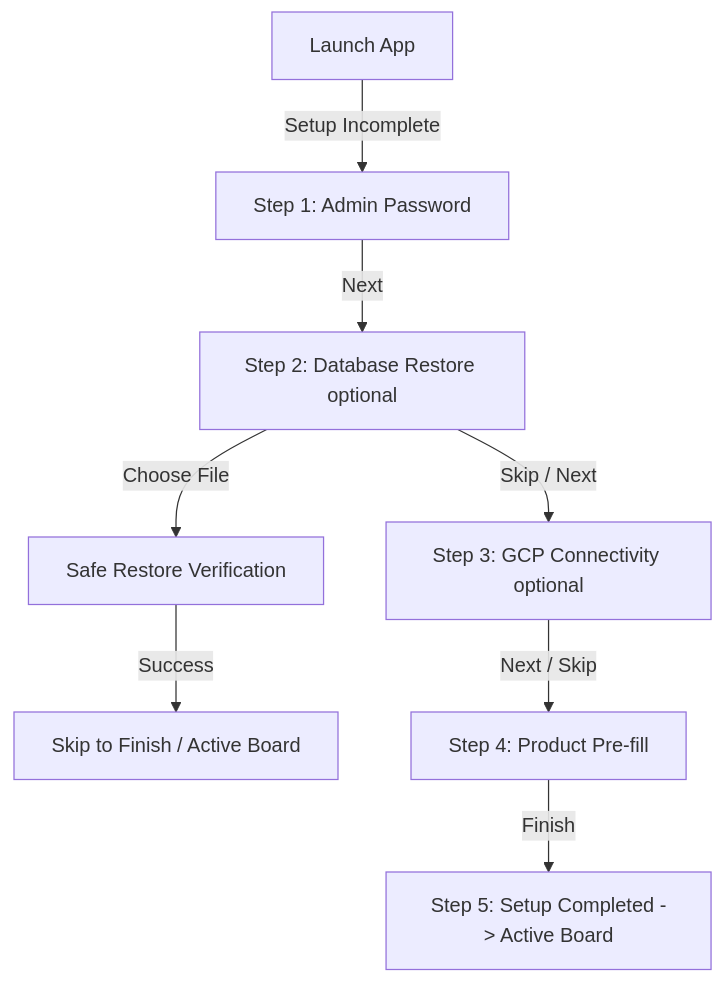
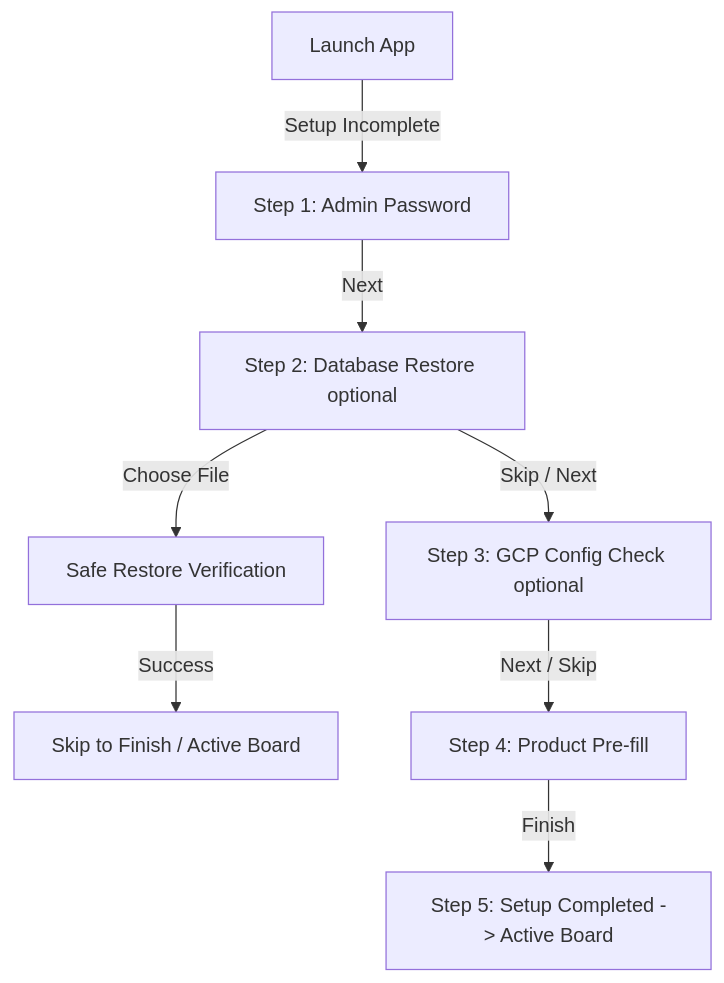
One commit to samikayyal/gravity-desktop-app-v2 changed the diagram in context/feature_specs/07-first-run-setup-and-restore.md. Above: the diagram before and after it, drawn with Mermaid. The commit also changed other lines of this file and 31 other files, not shown here.

````diff
--- a/context/feature_specs/07-first-run-setup-and-restore.md
+++ b/context/feature_specs/07-first-run-setup-and-restore.md
@@ -63,10 +66,10 @@
 ```mermaid
 graph TD
     A[Launch App] -->|Setup Incomplete| B[Step 1: Admin Password]
     B -->|Next| C[Step 2: Database Restore optional]
     C -->|Choose File| D[Safe Restore Verification]
     D -->|Success| H[Skip to Finish / Active Board]
-    C -->|Skip / Next| E[Step 3: GCP Connectivity optional]
+    C -->|Skip / Next| E[Step 3: GCP Config Check optional]
     E -->|Next / Skip| F[Step 4: Product Pre-fill]
     F -->|Finish| G[Step 5: Setup Completed -> Active Board]
 ```
````
